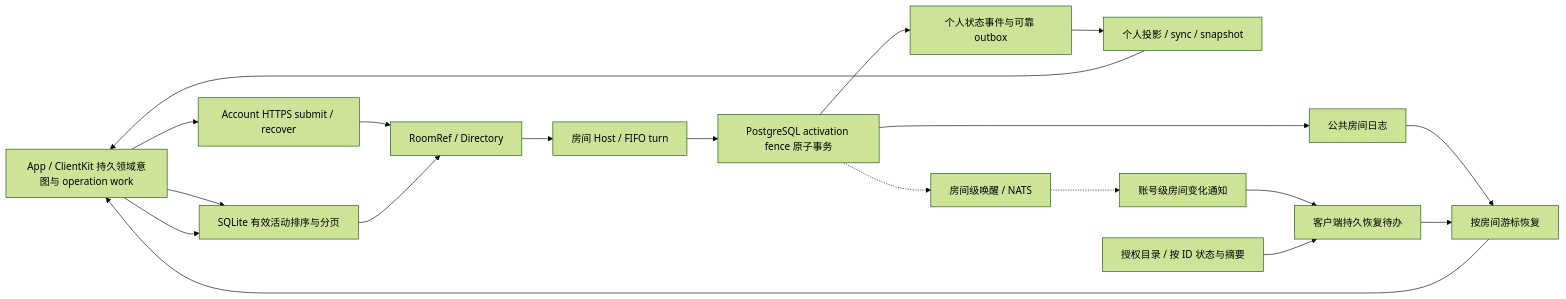
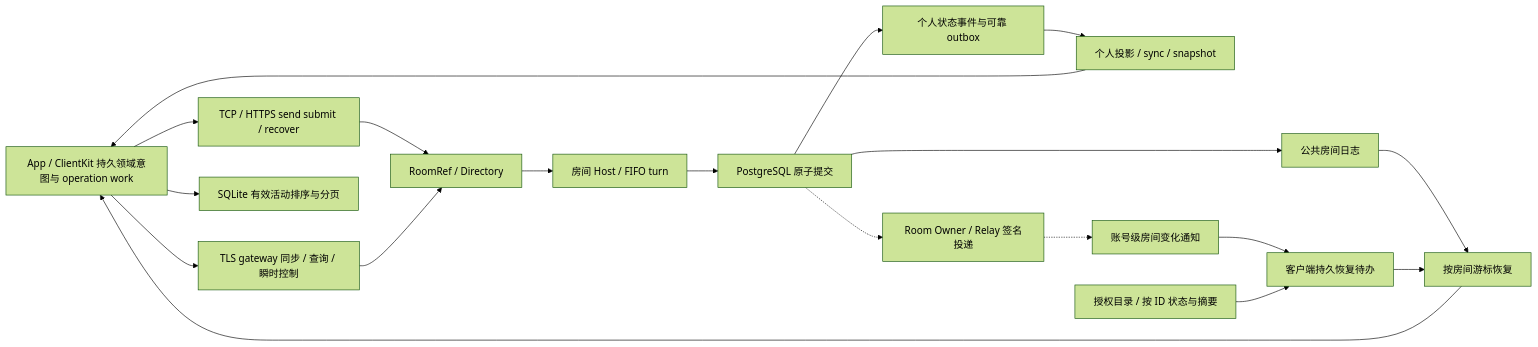
Before and after one commit to Yyilin001/IMMonorepo: the diagram in docs/current-system-map.md, drawn with Mermaid (forest theme). The commit also changed other lines of this file and 102 other files, not shown here.

````diff
--- a/docs/current-system-map.md
+++ b/docs/current-system-map.md
@@ -40,21 +40,21 @@
 ```mermaid
 flowchart LR
-    C["App / ClientKit 持久领域意图与 operation work"] --> G["Account HTTPS submit / recover"]
+    C["App / ClientKit 持久领域意图与 operation work"] --> G["TCP / HTTPS send submit / recover"]
     G --> V["RoomRef / Directory"]
     C --> L["TLS gateway 同步 / 查询 / 瞬时控制"]
     L --> V
     V --> H["房间 Host / FIFO turn"]
-    H --> T["PostgreSQL activation fence 原子事务"]
+    H --> T["PostgreSQL 原子提交"]
     T --> R["公共房间日志"]
     T --> P["个人状态事件与可靠 outbox"]
     P --> S["个人投影 / sync / snapshot"]
     S --> C
     R --> Q["按房间游标恢复"]
     Q --> C
-    T -.-> N["房间级唤醒 / NATS"]
+    T -.-> N["Room Owner / Relay 签名投递"]
     N -.-> A["账号级房间变化通知"]
     A --> W["客户端持久恢复待办"]
     W --> Q
     D["授权目录 / 按 ID 状态与摘要"] --> W
-    C --> L["SQLite 有效活动排序与分页"]
+    C --> O["SQLite 有效活动排序与分页"]
 ```
````
